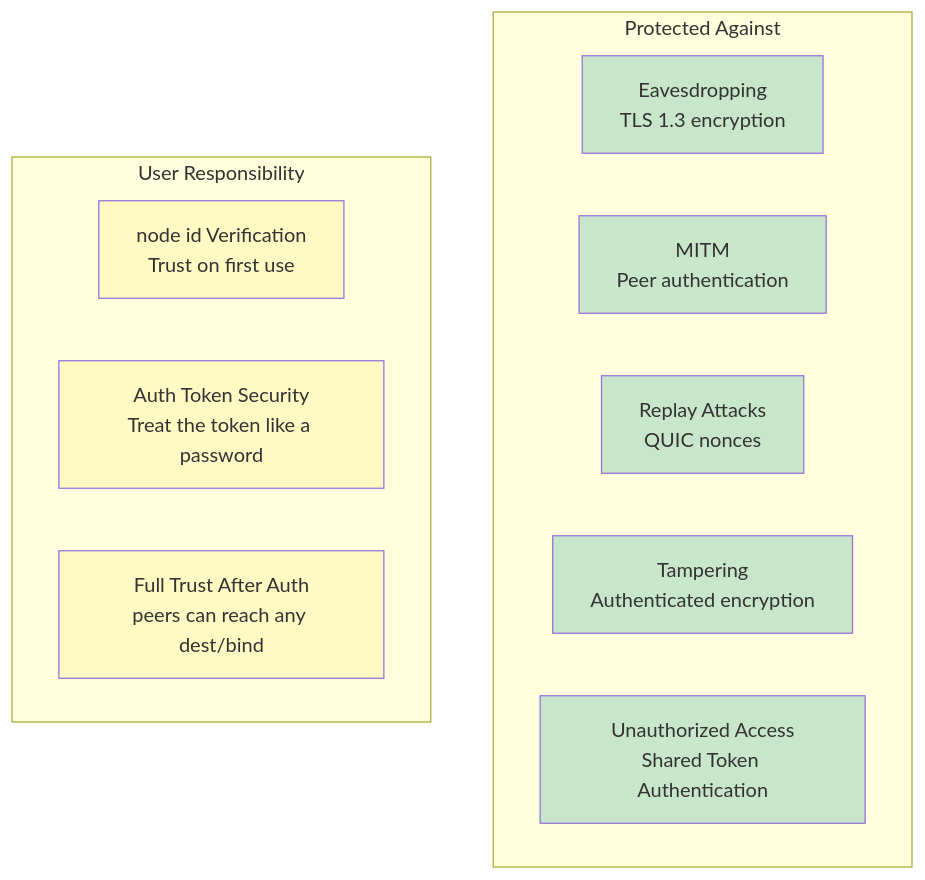
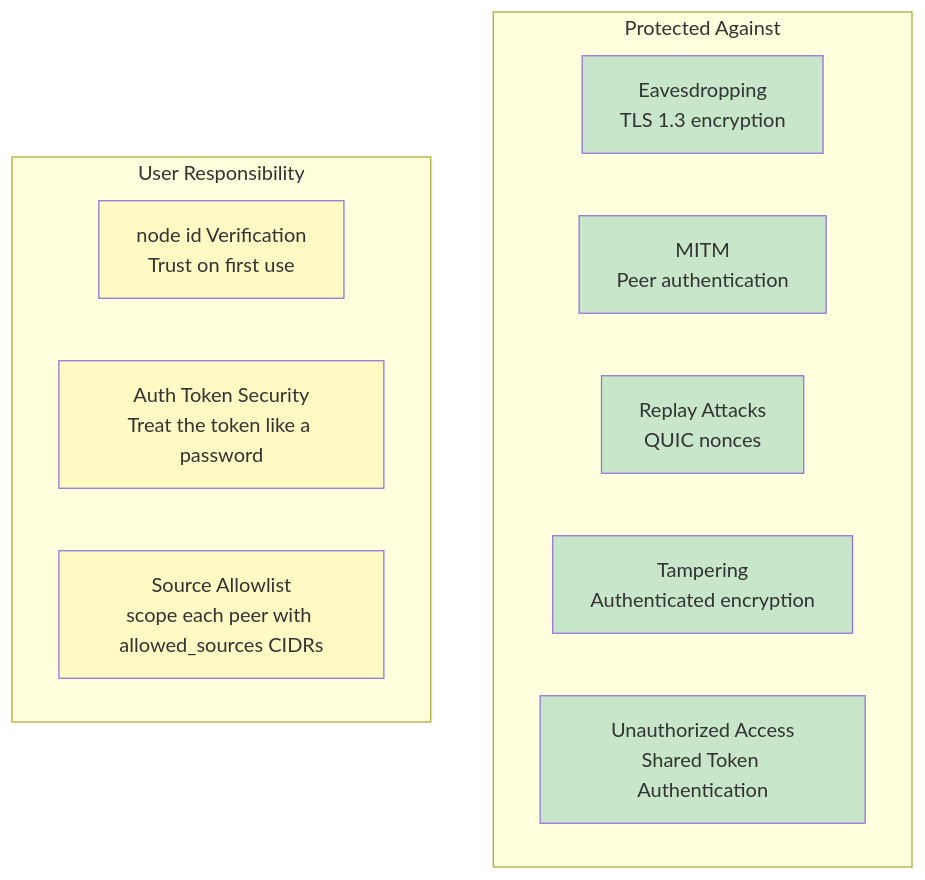
Before and after one commit to andrewtheguy/duopipe: diagram 18 of 24 in docs/ARCHITECTURE.md, drawn with Mermaid. The commit also changed other lines of this file and 2 other files, not shown here.

````diff
--- a/docs/ARCHITECTURE.md
+++ b/docs/ARCHITECTURE.md
@@ -658,26 +658,26 @@
 ```mermaid
 graph TB
     subgraph "Protected Against"
         A[Eavesdropping<br/>TLS 1.3 encryption]
         B[MITM<br/>Peer authentication]
         C[Replay Attacks<br/>QUIC nonces]
         D[Tampering<br/>Authenticated encryption]
         E2[Unauthorized Access<br/>Shared Token Authentication]
     end
 
     subgraph "User Responsibility"
         G[node id Verification<br/>Trust on first use]
         H[Auth Token Security<br/>Treat the token like a password]
-        I[Full Trust After Auth<br/>peers can reach any dest/bind]
+        I[Source Allowlist<br/>scope each peer with allowed_sources CIDRs]
     end
 
     style A fill:#C8E6C9
     style B fill:#C8E6C9
     style C fill:#C8E6C9
     style D fill:#C8E6C9
     style E2 fill:#C8E6C9
 
     style G fill:#FFF9C4
     style H fill:#FFF9C4
     style I fill:#FFF9C4
 ```
````
